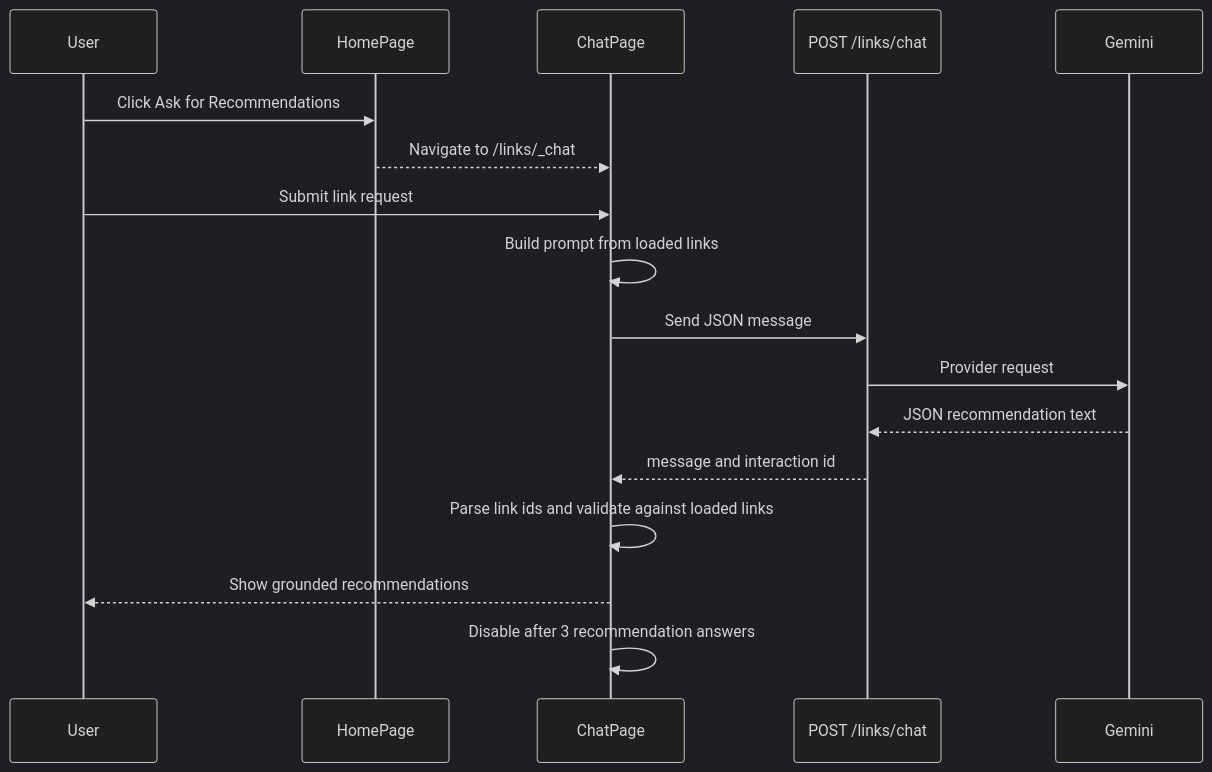
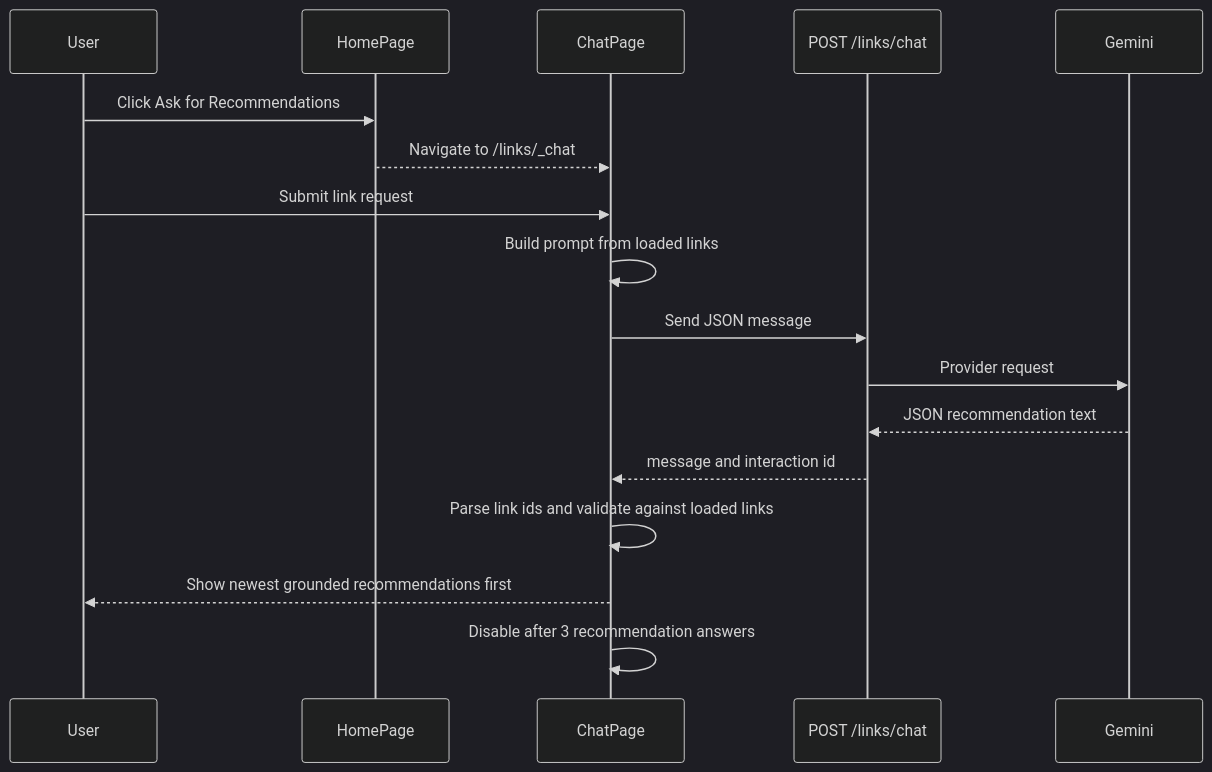
The second of 2 diagrams in architecture.md (johnpfeiffer/links-app), drawn with Mermaid (dark theme) before and after one commit. The commit also changed other lines of this file and 3 other files, not shown here.

Commit message:
shift newest Chat responses to the top (first)

````diff
--- a/architecture.md
+++ b/architecture.md
@@ -27,20 +27,20 @@
 ```mermaid
 sequenceDiagram
   participant User
   participant HomePage
   participant ChatPage
   participant Worker as POST /links/chat
   participant Gemini
 
   User->>HomePage: Click Ask for Recommendations
   HomePage-->>ChatPage: Navigate to /links/_chat
   User->>ChatPage: Submit link request
   ChatPage->>ChatPage: Build prompt from loaded links
   ChatPage->>Worker: Send JSON message
   Worker->>Gemini: Provider request
   Gemini-->>Worker: JSON recommendation text
   Worker-->>ChatPage: message and interaction id
   ChatPage->>ChatPage: Parse link ids and validate against loaded links
-  ChatPage-->>User: Show grounded recommendations
+  ChatPage-->>User: Show newest grounded recommendations first
   ChatPage->>ChatPage: Disable after 3 recommendation answers
 ```
````
